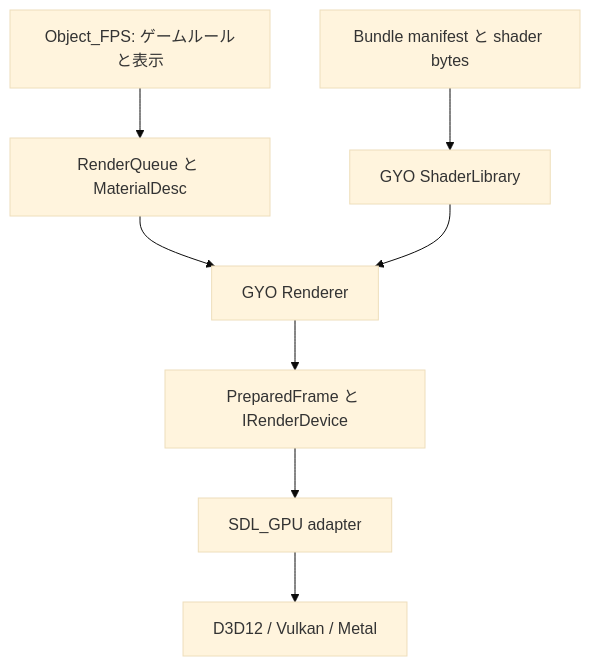
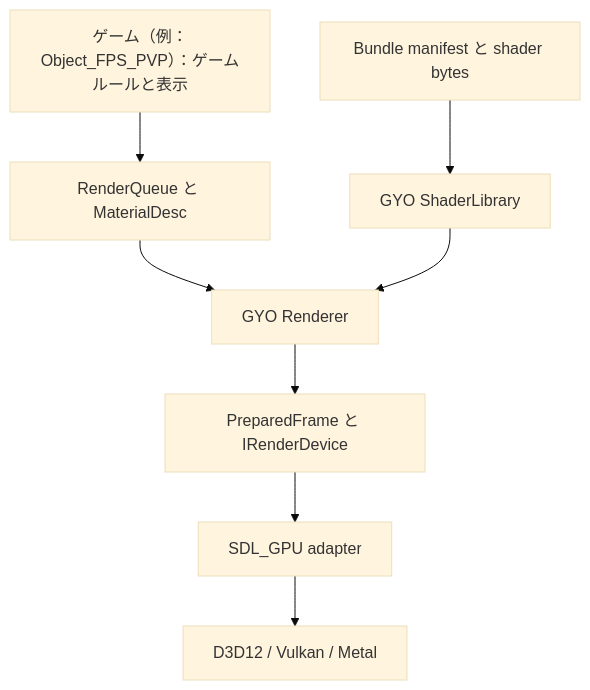
One commit to yojinn-io/GYO-Engine changed the third of 3 diagrams in docs/rendering_architecture.ja.md. Above: the diagram before and after it, drawn with Mermaid (base theme). The commit also changed other lines of this file and 66 other files, not shown here.

First line of the commit message:
docs: 文書健診（2026-11-12）と架構師の引き継ぎの整理：計画の状態行の後続補註、PvP の pv9、Object_FPS の残り、横断ルール登録ページ、三線の停線記録

````diff
--- a/docs/rendering_architecture.ja.md
+++ b/docs/rendering_architecture.ja.md
@@ -53,10 +53,10 @@
 ```mermaid
 flowchart TD
-    A[Object_FPS: ゲームルールと表示] --> B[RenderQueue と MaterialDesc]
+    A[ゲーム（例：Object_FPS_PVP）：ゲームルールと表示] --> B[RenderQueue と MaterialDesc]
     B --> C[GYO Renderer]
     D[Bundle manifest と shader bytes] --> E[GYO ShaderLibrary]
     E --> C
     C --> F[PreparedFrame と IRenderDevice]
     F --> G[SDL_GPU adapter]
     G --> H[D3D12 / Vulkan / Metal]
 ```
````
